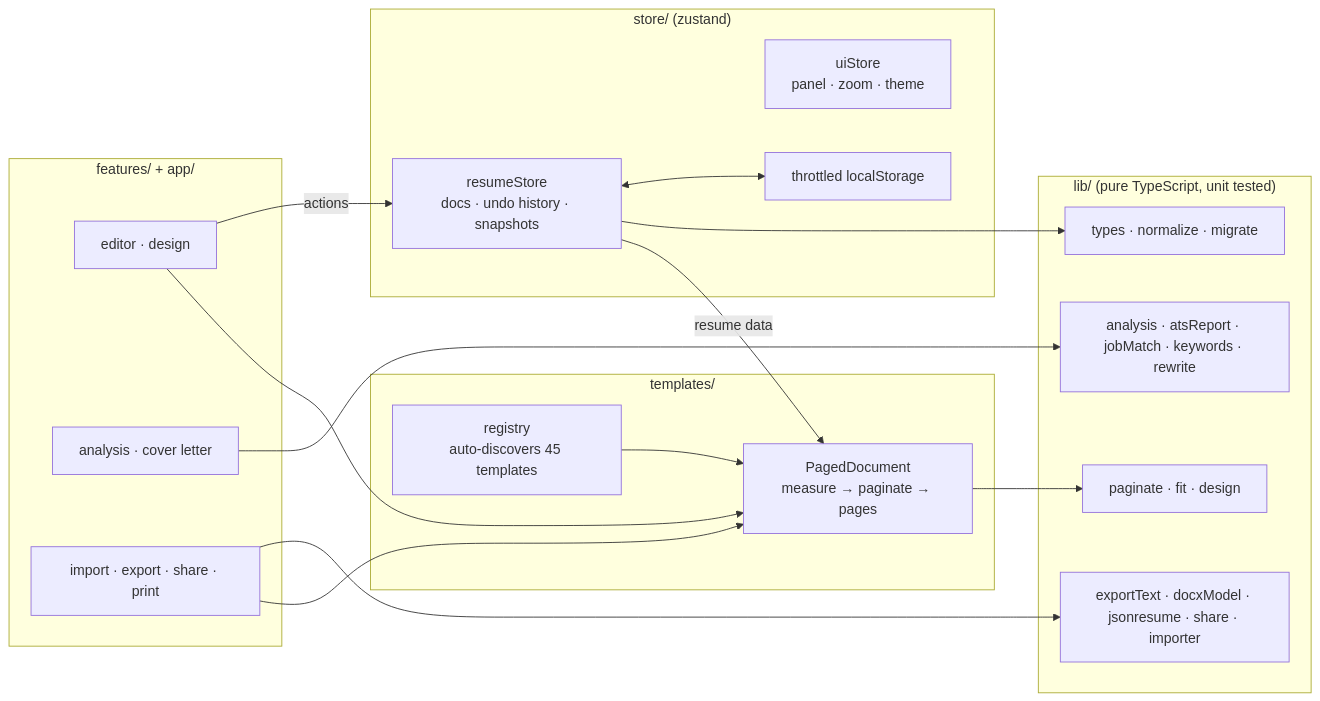
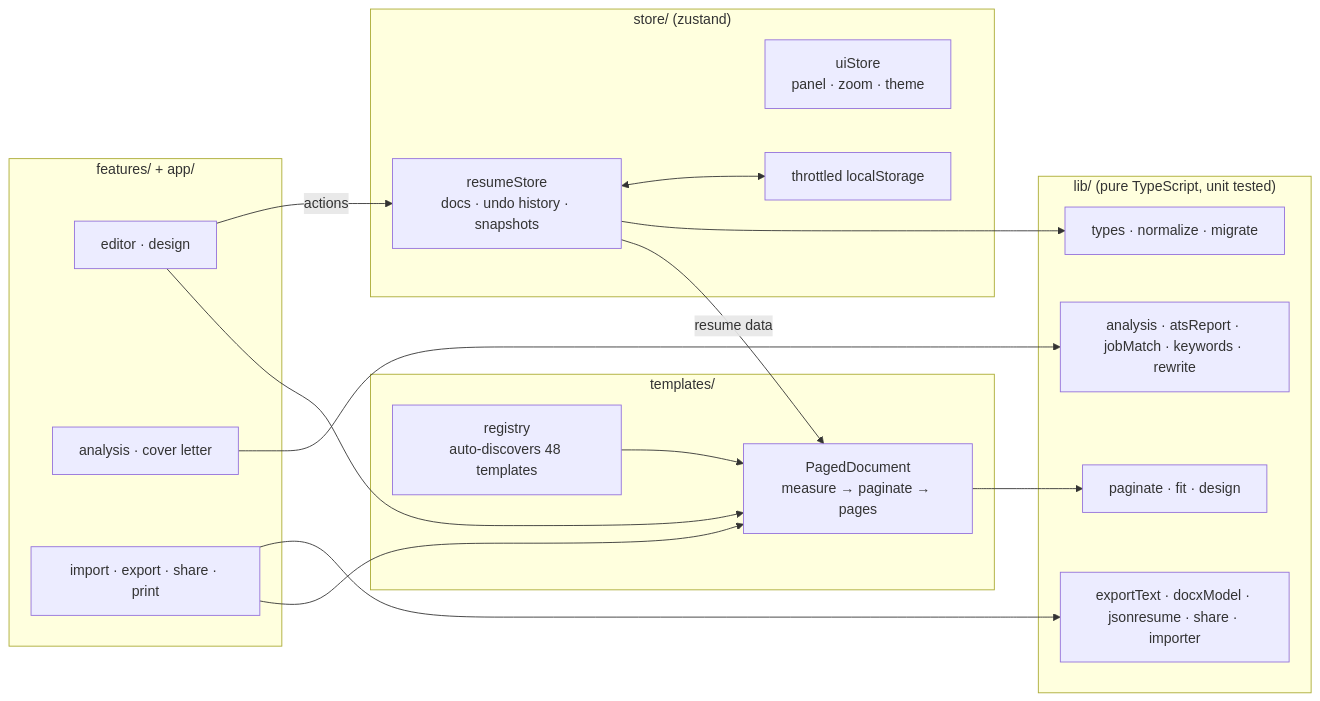
One commit to Jeevan2410/resumeforge changed the diagram in README.md. Above: the diagram before and after it, drawn with Mermaid. The commit also changed other lines of this file and 12 other files, not shown here.

````diff
--- a/README.md
+++ b/README.md
@@ -107,33 +115,33 @@
 ```mermaid
 flowchart LR
   subgraph Store["store/ (zustand)"]
     RS[resumeStore<br/>docs · undo history · snapshots]
     UI[uiStore<br/>panel · zoom · theme]
     ST[throttled localStorage]
   end
   subgraph Lib["lib/ (pure TypeScript, unit tested)"]
     M[types · normalize · migrate]
     A[analysis · atsReport · jobMatch · keywords · rewrite]
     X[exportText · docxModel · jsonresume · share · importer]
     P[paginate · fit · design]
   end
   subgraph Templates["templates/"]
-    REG[registry<br/>auto-discovers 45 templates]
+    REG[registry<br/>auto-discovers 48 templates]
     PD[PagedDocument<br/>measure → paginate → pages]
   end
   subgraph Features["features/ + app/"]
     ED[editor · design]
     AN[analysis · cover letter]
     IO[import · export · share · print]
   end
   RS <--> ST
   RS --> M
   ED -- actions --> RS
   RS -- resume data --> PD
   REG --> PD
   PD --> P
   AN --> A
   IO --> X
   IO --> PD
   ED --> PD
 ```
````
